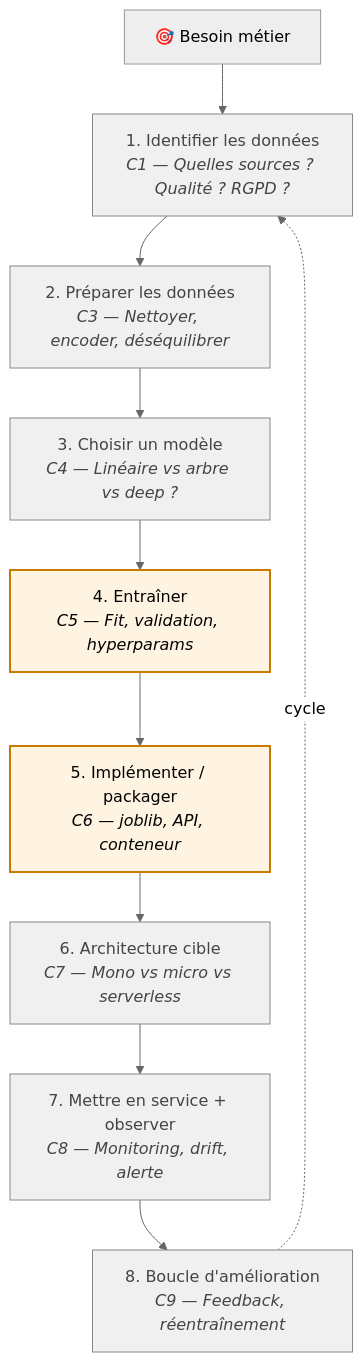
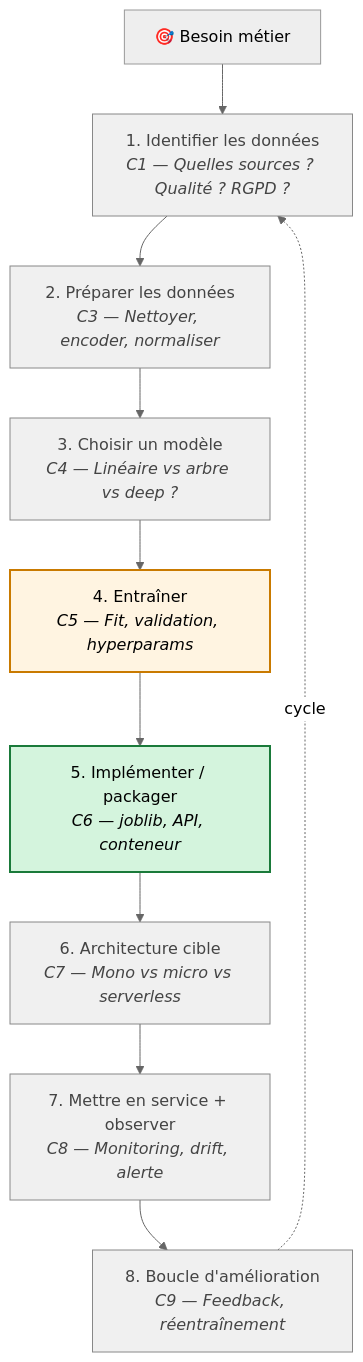
The first of 3 diagrams in recap_M0_vers_M1.md (Formation-SIMPLON-IA/ia-atos-ressources), drawn with Mermaid (neutral theme) before and after one commit. The commit also changed other lines of this file and 2 other files, not shown here.

````diff
--- a/recap_M0_vers_M1.md
+++ b/recap_M0_vers_M1.md
@@ -16,20 +16,20 @@
 ```mermaid
 flowchart TD
     BESOIN["🎯 Besoin métier"]
     BESOIN --> C1["1. Identifier les données<br/><i>C1 — Quelles sources ? Qualité ? RGPD ?</i>"]
-    C1 --> C3["2. Préparer les données<br/><i>C3 — Nettoyer, encoder, déséquilibrer"]
+    C1 --> C3["2. Préparer les données<br/><i>C3 — Nettoyer, encoder, normaliser</i>"]
     C3 --> C4["3. Choisir un modèle<br/><i>C4 — Linéaire vs arbre vs deep ?</i>"]
     C4 --> C5["4. Entraîner<br/><i>C5 — Fit, validation, hyperparams</i>"]
     C5 --> C6["5. Implémenter / packager<br/><i>C6 — joblib, API, conteneur</i>"]
     C6 --> C7["6. Architecture cible<br/><i>C7 — Mono vs micro vs serverless</i>"]
     C7 --> C8["7. Mettre en service + observer<br/><i>C8 — Monitoring, drift, alerte</i>"]
     C8 --> C9["8. Boucle d'amélioration<br/><i>C9 — Feedback, réentraînement</i>"]
     C9 -.->|cycle| C1
 
     classDef done fill:#d4f4dd,stroke:#1a7a3a,stroke-width:2px,color:#000
     classDef next fill:#fff4e1,stroke:#c97a00,stroke-width:2px,color:#000
     classDef later fill:#f0f0f0,stroke:#888,color:#444
     class C6 done
-    class C5,C6 next
+    class C5 next
     class C1,C3,C4,C7,C8,C9 later
 ```
````
